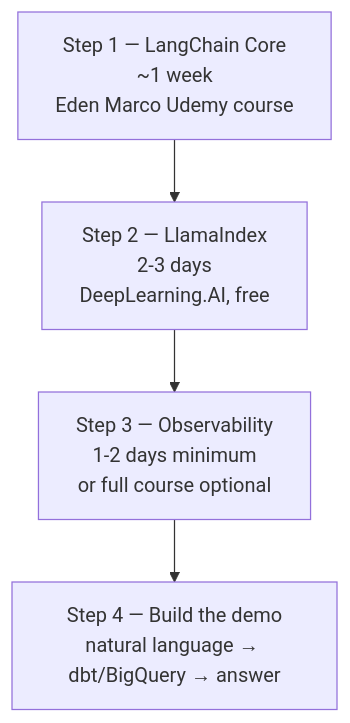
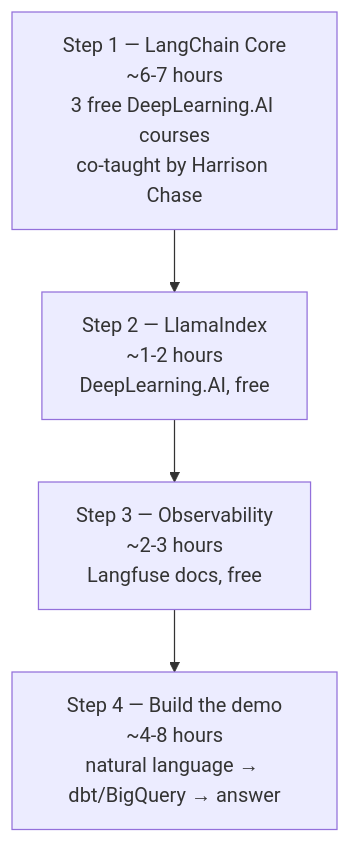
The first of 2 diagrams in README-ai-agent.md (blaire101/Spark-Journey-2025), drawn with Mermaid before and after one commit. The commit also changed other lines of this file and 1 other file, not shown here.

````diff
--- a/README-ai-agent.md
+++ b/README-ai-agent.md
@@ -70,6 +72,6 @@
 ```mermaid
 flowchart TD
-    A["Step 1 — LangChain Core<br/>~1 week<br/>Eden Marco Udemy course"] --> B["Step 2 — LlamaIndex<br/>2-3 days<br/>DeepLearning.AI, free"]
-    B --> C["Step 3 — Observability<br/>1-2 days minimum<br/>or full course optional"]
-    C --> D["Step 4 — Build the demo<br/>natural language → dbt/BigQuery → answer"]
+    A["Step 1 — LangChain Core<br/>~6-7 hours<br/>3 free DeepLearning.AI courses<br/>co-taught by Harrison Chase"] --> B["Step 2 — LlamaIndex<br/>~1-2 hours<br/>DeepLearning.AI, free"]
+    B --> C["Step 3 — Observability<br/>~2-3 hours<br/>Langfuse docs, free"]
+    C --> D["Step 4 — Build the demo<br/>~4-8 hours<br/>natural language → dbt/BigQuery → answer"]
 ```
````
